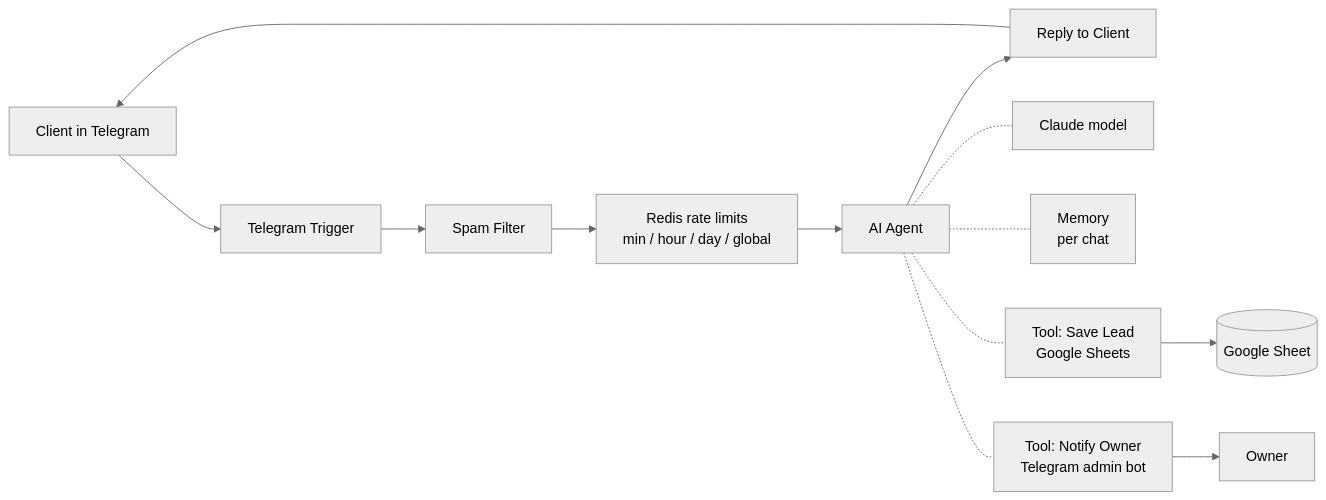
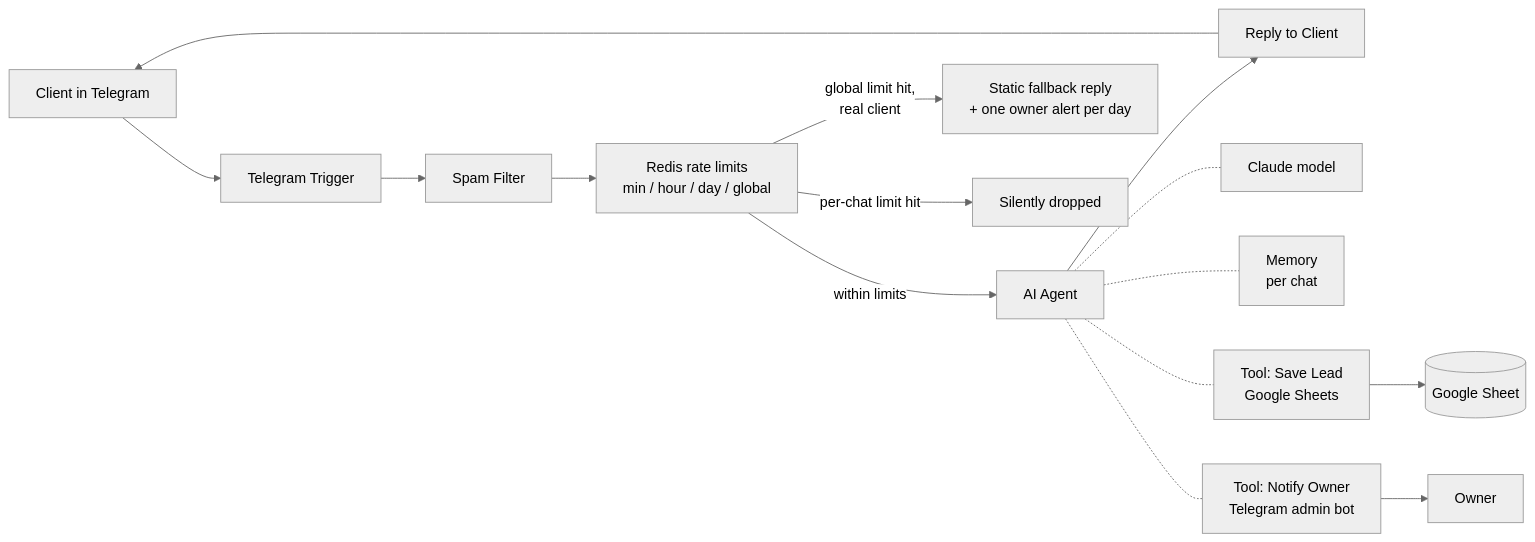
One commit to Maksopinto/AI-Receptionist changed the diagram in README.md. Above: the diagram before and after it, drawn with Mermaid (neutral theme). The commit also changed other lines of this file and 5 other files, not shown here.

````diff
--- a/README.md
+++ b/README.md
@@ -30,16 +34,18 @@
 ```mermaid
 flowchart LR
     C[Client in Telegram] --> T[Telegram Trigger]
     T --> SF[Spam Filter]
     SF --> RL[Redis rate limits<br/>min / hour / day / global]
-    RL --> A[AI Agent]
+    RL -->|within limits| A[AI Agent]
+    RL -->|global limit hit,<br/>real client| FB[Static fallback reply<br/>+ one owner alert per day]
+    RL -->|per-chat limit hit| X[Silently dropped]
     A --> R[Reply to Client]
     R --> C
 
     A -.- M[Claude model]
     A -.- MEM[Memory<br/>per chat]
     A -.- S[Tool: Save Lead<br/>Google Sheets]
     A -.- N[Tool: Notify Owner<br/>Telegram admin bot]
     S --> GS[(Google Sheet)]
     N --> O[Owner]
 ```
````
